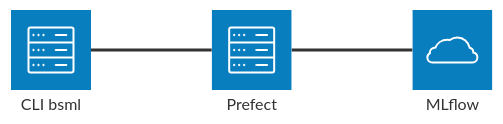
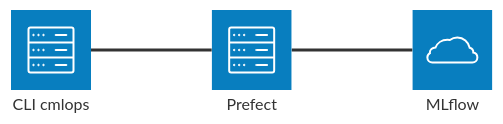
The first of 2 diagrams in docs/workflow-architecture.md (collab-uniba/Credibility-aware-MLOps), drawn with Mermaid before and after one commit. The commit also changed other lines of this file and 25 other files, not shown here.

First line of the commit message:
Rename the package and CLI to cmlops

````diff
--- a/docs/workflow-architecture.md
+++ b/docs/workflow-architecture.md
@@ -8,9 +8,9 @@
 ```mermaid
 architecture-beta
-  service cli(server)[CLI bsml]
+  service cli(server)[CLI cmlops]
   service prefect(server)[Prefect]
   service mlflow(cloud)[MLflow]
 
   cli:R -- L:prefect
   prefect:R -- L:mlflow
 ```
````
